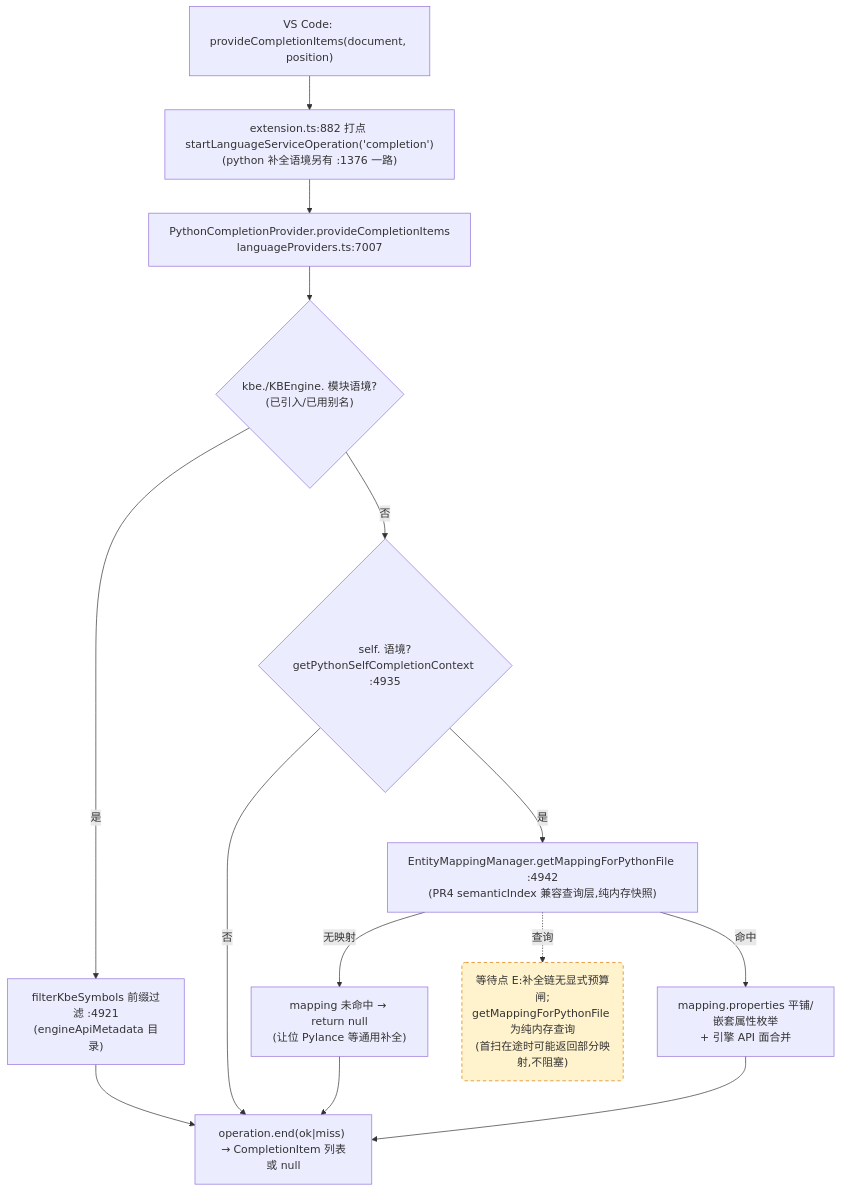
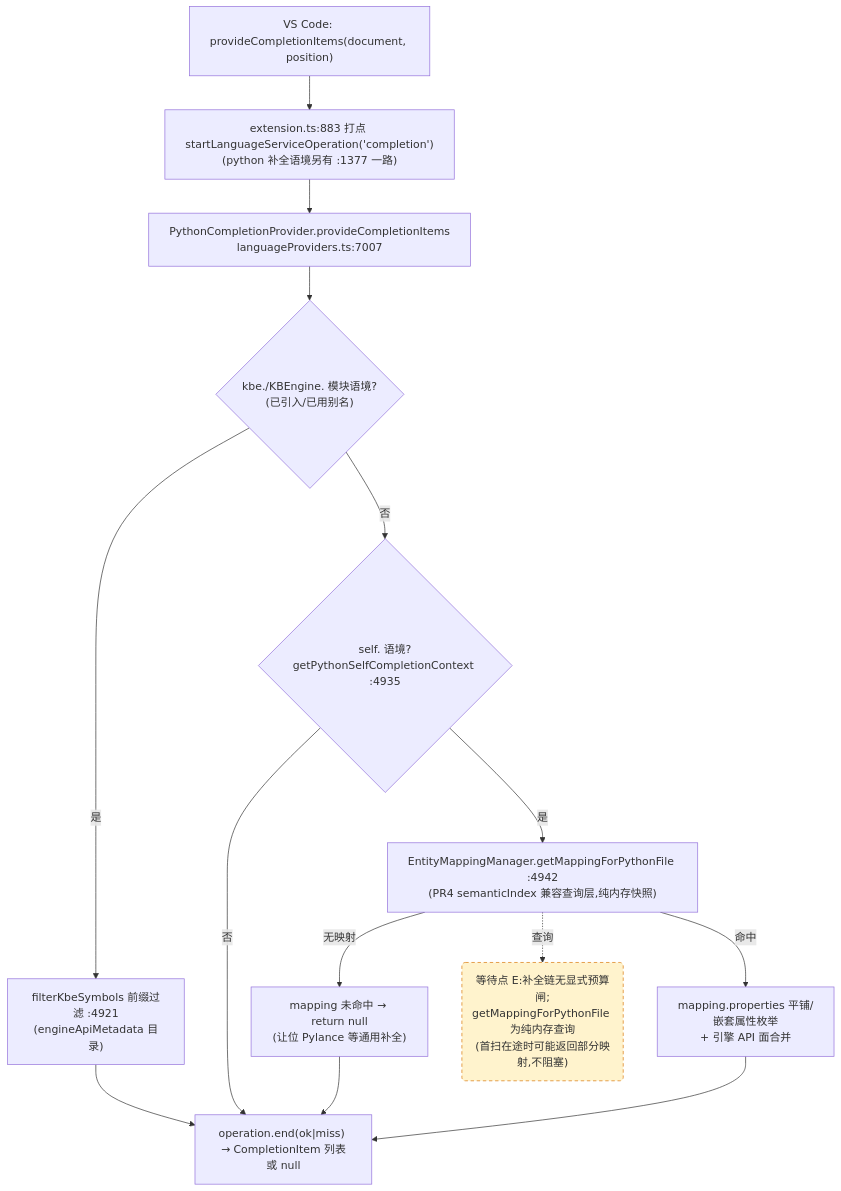
Before and after one commit to cuihairu/kode: the third of 4 diagrams in docs/perf/2026-baseline.md, drawn with Mermaid. The commit also changed other lines of this file and 7 other files, not shown here.

````diff
--- a/docs/perf/2026-baseline.md
+++ b/docs/perf/2026-baseline.md
@@ -184,27 +184,27 @@
 ```mermaid
 flowchart TD
   VC3["VS Code: provideCompletionItems(document, position)"]
-  M3["extension.ts:882 打点 startLanguageServiceOperation('completion')<br/>(python 补全语境另有 :1376 一路)"]
+  M3["extension.ts:883 打点 startLanguageServiceOperation('completion')<br/>(python 补全语境另有 :1377 一路)"]
   CP["PythonCompletionProvider.provideCompletionItems<br/>languageProviders.ts:7007"]
   KBEC{"kbe./KBEngine. 模块语境?<br/>(已引入/已用别名)"}
   FILTER["filterKbeSymbols 前缀过滤 :4921<br/>(engineApiMetadata 目录)"]
   SELFC{"self. 语境?<br/>getPythonSelfCompletionContext :4935"}
   MAP["EntityMappingManager.getMappingForPythonFile :4942<br/>(PR4 semanticIndex 兼容查询层,纯内存快照)"]
   NOMAP["mapping 未命中 → return null<br/>(让位 Pylance 等通用补全)"]
   PROPS["mapping.properties 平铺/嵌套属性枚举<br/>+ 引擎 API 面合并"]
   END3["operation.end(ok|miss) → CompletionItem 列表或 null"]
 
   VC3 --> M3 --> CP --> KBEC
   KBEC -- "是" --> FILTER --> END3
   KBEC -- "否" --> SELFC
   SELFC -- "否" --> END3
   SELFC -- "是" --> MAP
   MAP -- "无映射" --> NOMAP --> END3
   MAP -- "命中" --> PROPS --> END3
 
   WAITE("等待点 E:补全链无显式预算闸;<br/>getMappingForPythonFile 为纯内存查询<br/>(首扫在途时可能返回部分映射,不阻塞)")
   MAP -.->|查询| WAITE
 
   classDef waitPoint fill:#fff3cd,stroke:#d97706,stroke-dasharray:5 4;
   class WAITE waitPoint;
 ```
````
